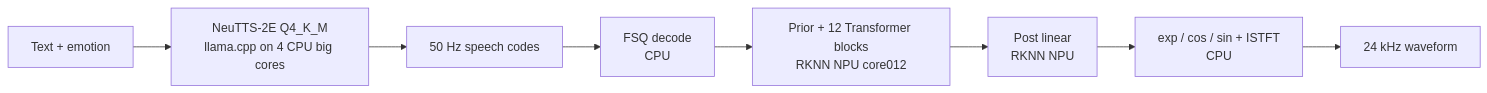
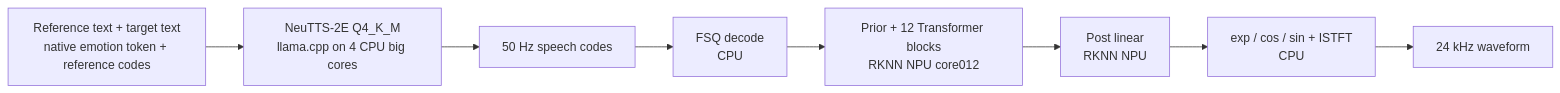
The diagram in README.md (Lizhaohui2000/NeuTTS-2E-rk3588), drawn with Mermaid before and after one commit. The commit also changed other lines of this file, not shown here.

Commit message:
Highlight real-time native emotion synthesis

````diff
--- a/README.md
+++ b/README.md
@@ -41,10 +78,10 @@
 ```mermaid
 flowchart LR
-    A[Text + emotion] --> B[NeuTTS-2E Q4_K_M<br/>llama.cpp on 4 CPU big cores]
+    A[Reference text + target text<br/>native emotion token + reference codes] --> B[NeuTTS-2E Q4_K_M<br/>llama.cpp on 4 CPU big cores]
     B --> C[50 Hz speech codes]
     C --> D[FSQ decode<br/>CPU]
     D --> E[Prior + 12 Transformer blocks<br/>RKNN NPU core012]
     E --> F[Post linear<br/>RKNN NPU]
     F --> G[exp / cos / sin + ISTFT<br/>CPU]
     G --> H[24 kHz waveform]
 ```
````
